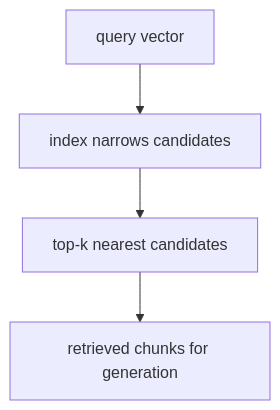
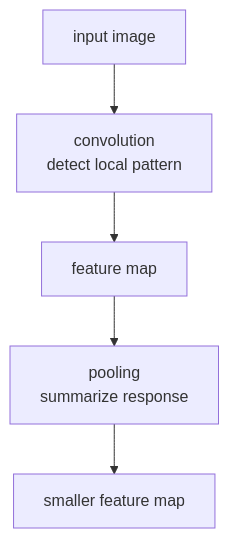
Before and after one commit to devchan64/AiBook: the diagram in docs/parts/part-05/chapter-11/section-02.md, drawn with Mermaid. The commit also changed other lines of this file and 213 other files, not shown here.

````diff
--- a/docs/parts/part-05/chapter-11/section-02.md
+++ b/docs/parts/part-05/chapter-11/section-02.md
@@ -117,11 +431,13 @@
 ```mermaid
 flowchart TD
-  A["query vector"]
-  B["index narrows candidates"]
-  C["top-k nearest candidates"]
-  D["retrieved chunks for generation"]
+  A["input image"]
+  B["convolution<br/>detect local pattern"]
+  C["feature map"]
+  D["pooling<br/>summarize response"]
+  E["smaller feature map"]
 
   A --> B
   B --> C
   C --> D
+  D --> E
 ```
````
